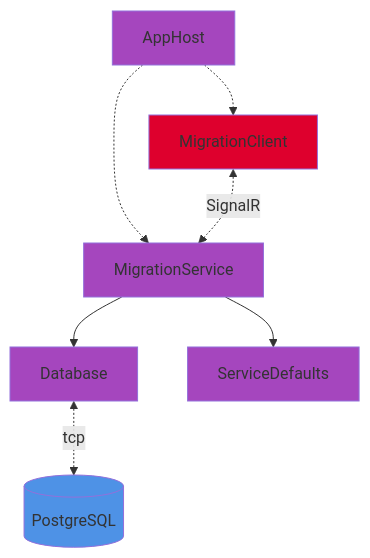
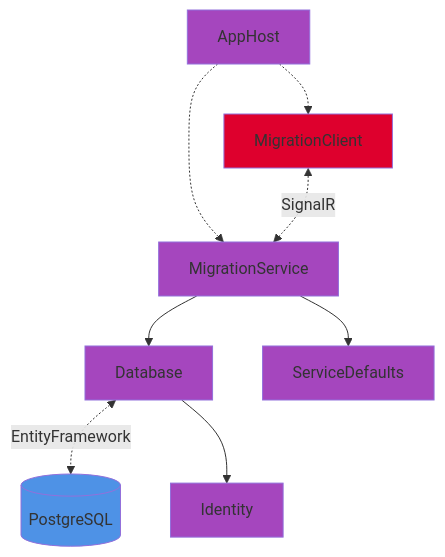
Before and after one commit to RafaMadera18/CS_Equipo4: the third of 3 diagrams in src/MrHotel/AppHost/README.md, drawn with Mermaid. The commit also changed other lines of this file and 1 other file, not shown here.

Commit message:
Add identity docs

````diff
--- a/src/MrHotel/AppHost/README.md
+++ b/src/MrHotel/AppHost/README.md
@@ -88,16 +91,18 @@
 ```mermaid
 graph TD
     style AppHost fill:#a546be
     style MigrationService fill:#a546be
     style Database fill:#a546be
     style ServiceDefaults fill:#a546be
     style MigrationClient fill:#de002d
     style db fill:#4e92e6
+    style Identity fill:#a546be
 
     AppHost -.-> MigrationClient
     AppHost -.-> MigrationService
     MigrationService --> Database
     MigrationService --> ServiceDefaults
     MigrationClient <-.->|SignalR| MigrationService
-    Database <-.->|tcp| db[(PostgreSQL)]
+    Database <-.->|EntityFramework| db[(PostgreSQL)]
+    Database --> Identity
 ```
````
